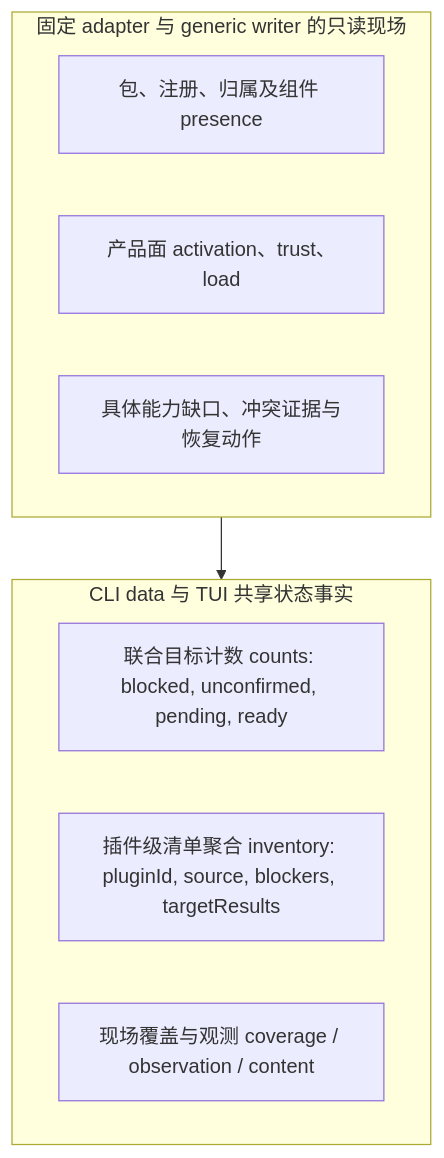
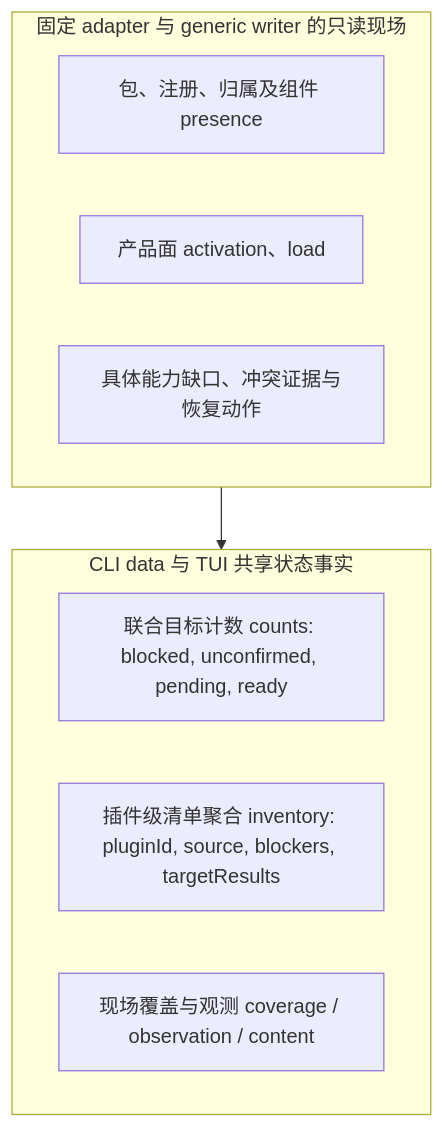
The first of 2 diagrams in docs/maintainers/architecture/config-and-status.md (lesliechan721-arch/agent-workflow), drawn with Mermaid before and after one commit. The commit also changed other lines of this file and 177 other files, not shown here.

````diff
--- a/docs/maintainers/architecture/config-and-status.md
+++ b/docs/maintainers/architecture/config-and-status.md
@@ -26,16 +26,16 @@
 ```mermaid
 flowchart TD
     subgraph S1["固定 adapter 与 generic writer 的只读现场"]
         F1["包、注册、归属及组件 presence"]
-        F2["产品面 activation、trust、load"]
+        F2["产品面 activation、load"]
         F3["具体能力缺口、冲突证据与恢复动作"]
     end
 
     subgraph S2["CLI data 与 TUI 共享状态事实"]
         R1["联合目标计数 counts: blocked, unconfirmed, pending, ready"]
         R2["插件级清单聚合 inventory: pluginId, source, blockers, targetResults"]
         R3["现场覆盖与观测 coverage / observation / content"]
     end
 
     S1 --> S2
 ```
````
